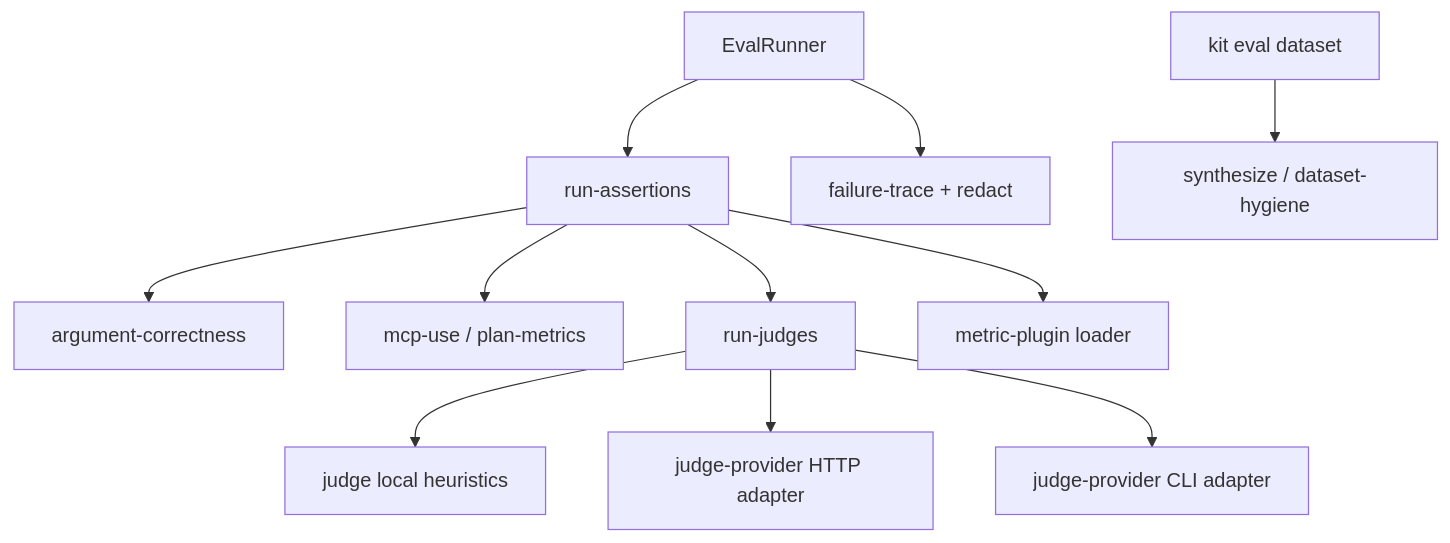
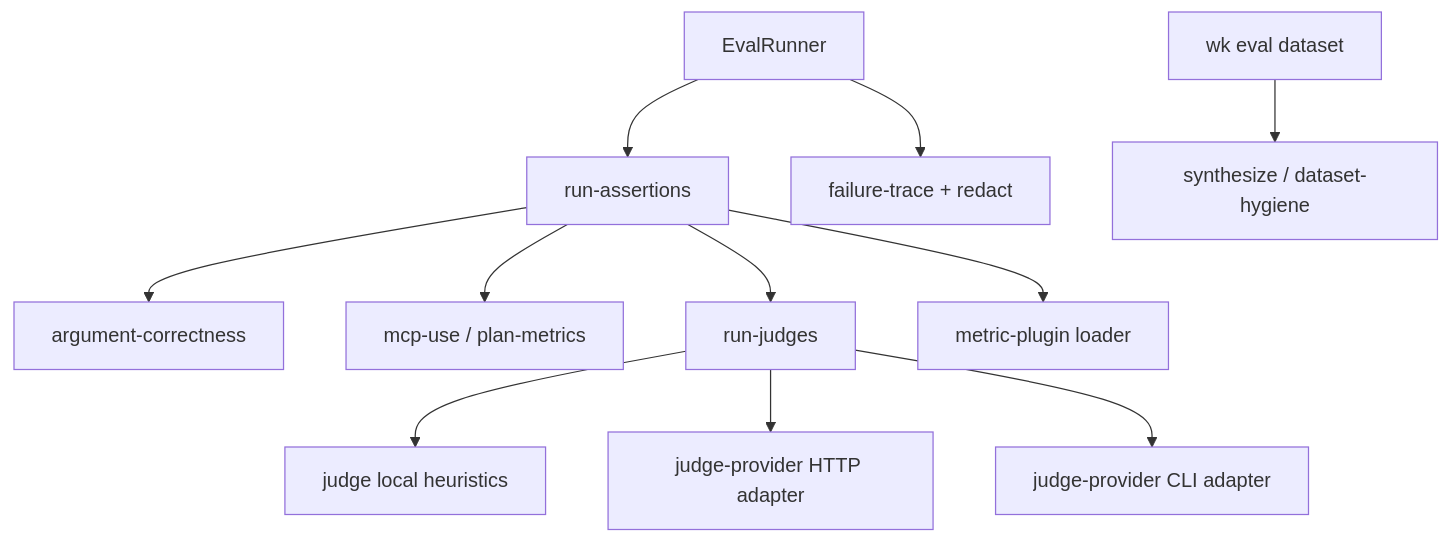
The diagram in evals/edd/README.md (mzworthington/agent-lifecycle-kit), drawn with Mermaid before and after one commit. The commit also changed other lines of this file and 88 other files, not shown here.

````diff
--- a/evals/edd/README.md
+++ b/evals/edd/README.md
@@ -88,24 +88,24 @@
 ```mermaid
 flowchart TB
   runner[EvalRunner]
   assert[run-assertions]
   arg[argument-correctness]
   mcp[mcp-use / plan-metrics]
   synth[synthesize / dataset-hygiene]
   orch[run-judges]
   pure[judge local heuristics]
   http[judge-provider HTTP adapter]
   cli[judge-provider CLI adapter]
   plug[metric-plugin loader]
   trace[failure-trace + redact]
   runner --> assert
   assert --> arg
   assert --> mcp
   assert --> orch
   assert --> plug
   orch --> pure
   orch --> http
   orch --> cli
   runner --> trace
-  cli_cmd[kit eval dataset] --> synth
+  cli_cmd[wk eval dataset] --> synth
 ```
````
